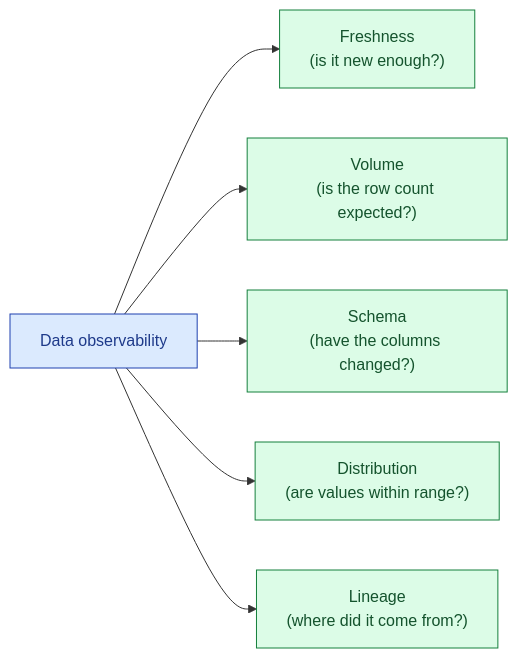
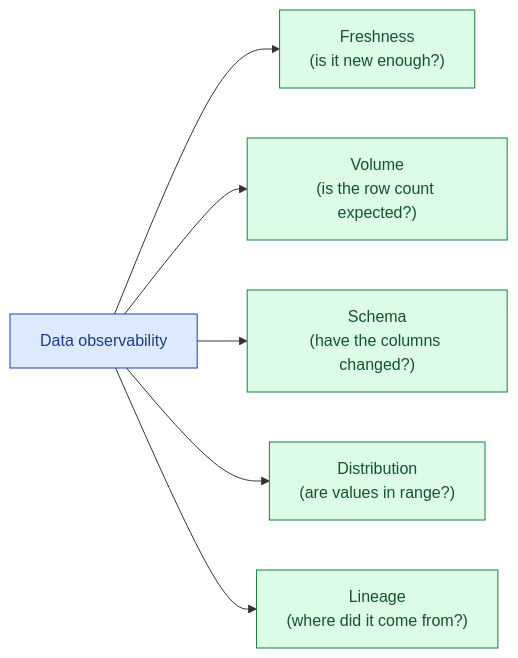
Before and after one commit to shiningflash/shiningflash.github.io: the first of 3 diagrams in _de_concepts/051-data-observability.md, drawn with Mermaid. The commit also changed other lines of this file and 69 other files, not shown here.

````diff
--- a/_de_concepts/051-data-observability.md
+++ b/_de_concepts/051-data-observability.md
@@ -12,12 +14,12 @@
 ```mermaid
 flowchart LR
     DO["Data observability"]:::a
     DO --> F["Freshness<br/>(is it new enough?)"]:::g
     DO --> V["Volume<br/>(is the row count expected?)"]:::g
     DO --> S["Schema<br/>(have the columns changed?)"]:::g
-    DO --> D["Distribution<br/>(are values within range?)"]:::g
+    DO --> D["Distribution<br/>(are values in range?)"]:::g
     DO --> L["Lineage<br/>(where did it come from?)"]:::g
 
     classDef a fill:#dbeafe,stroke:#1e40af,color:#1e3a8a
     classDef g fill:#dcfce7,stroke:#15803d,color:#14532d
 ```
````
